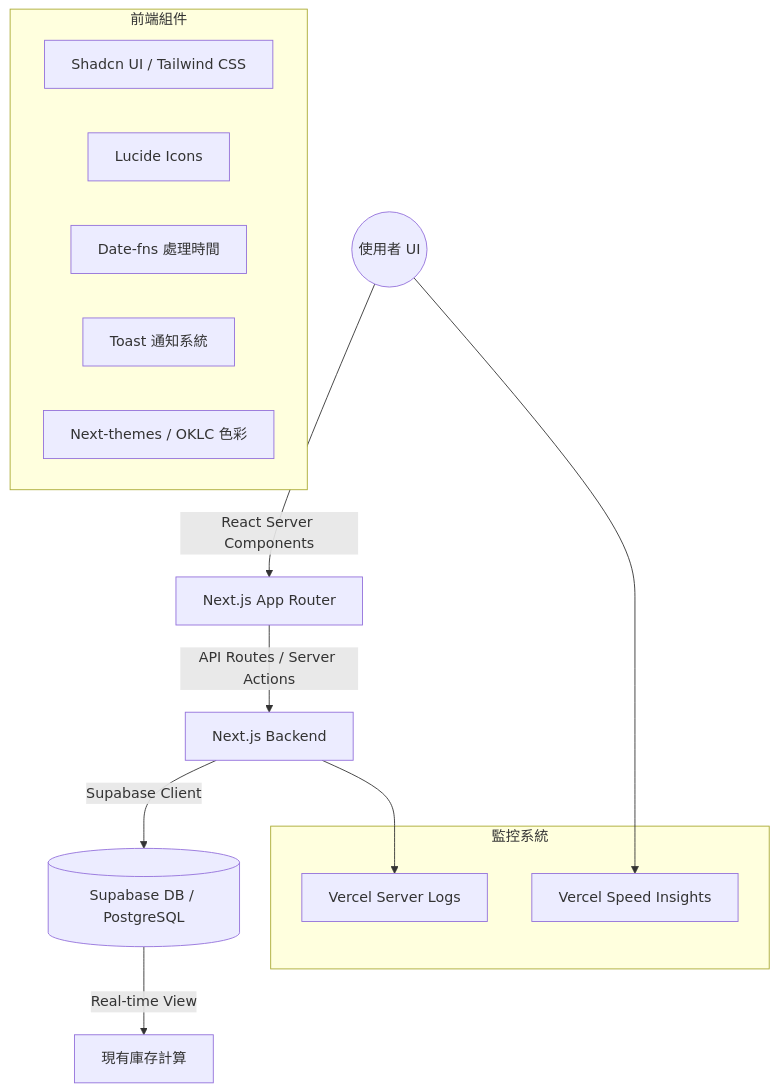
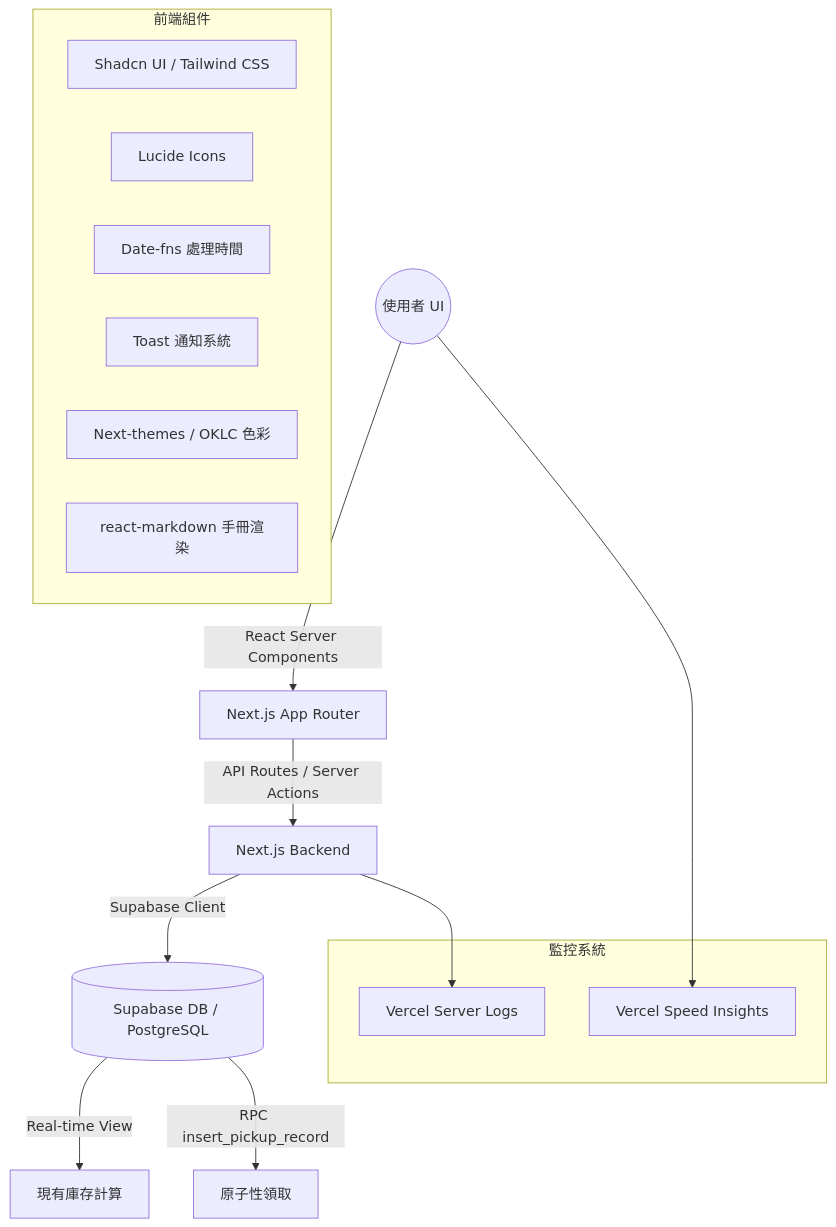
One commit to Jiong1203/shuttlecockTracker changed the diagram in README.md. Above: the diagram before and after it, drawn with Mermaid. The commit also changed other lines of this file and 1 other file, not shown here.

````diff
--- a/README.md
+++ b/README.md
@@ -40,23 +52,25 @@
 ```mermaid
 graph TD
     User((使用者 UI)) -- React Server Components --> Page[Next.js App Router]
     Page -- API Routes / Server Actions --> Backend[Next.js Backend]
     Backend -- Supabase Client --> Supabase[(Supabase DB / PostgreSQL)]
     Supabase -- Real-time View --> Inventory[現有庫存計算]
+    Supabase -- RPC insert_pickup_record --> AtomicPickup[原子性領取]
 
     subgraph Monitoring [監控系統]
         VercelLog[Vercel Server Logs]
         SpeedInsights[Vercel Speed Insights]
     end
 
     Backend --> VercelLog
     User --> SpeedInsights
 
     subgraph Frontend [前端組件]
         UI1[Shadcn UI / Tailwind CSS]
         UI2[Lucide Icons]
         UI3[Date-fns 處理時間]
         UI4[Toast 通知系統]
         UI5[Next-themes / OKLC 色彩]
+        UI6[react-markdown 手冊渲染]
     end
 ```
````
